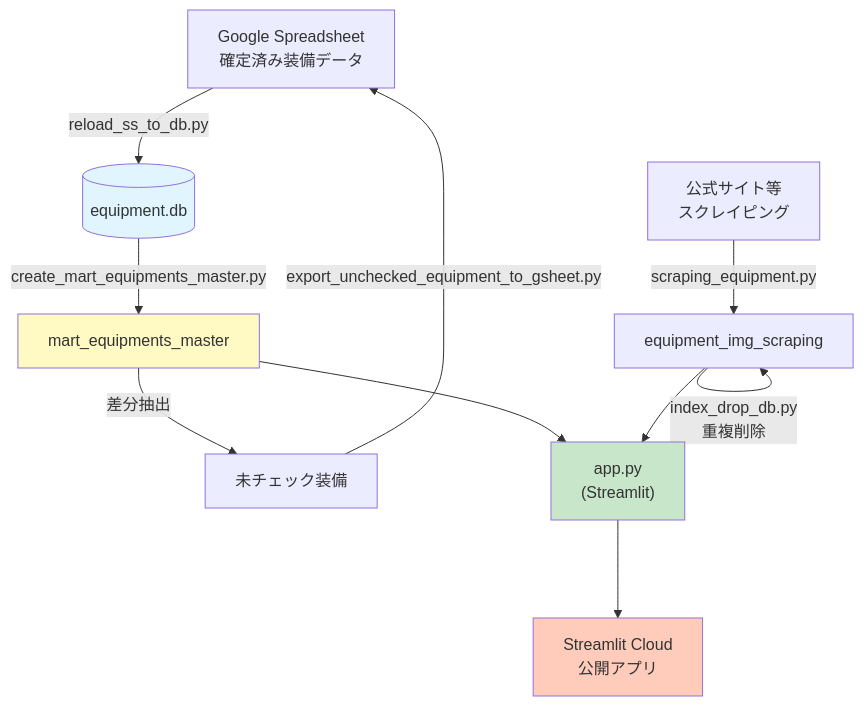
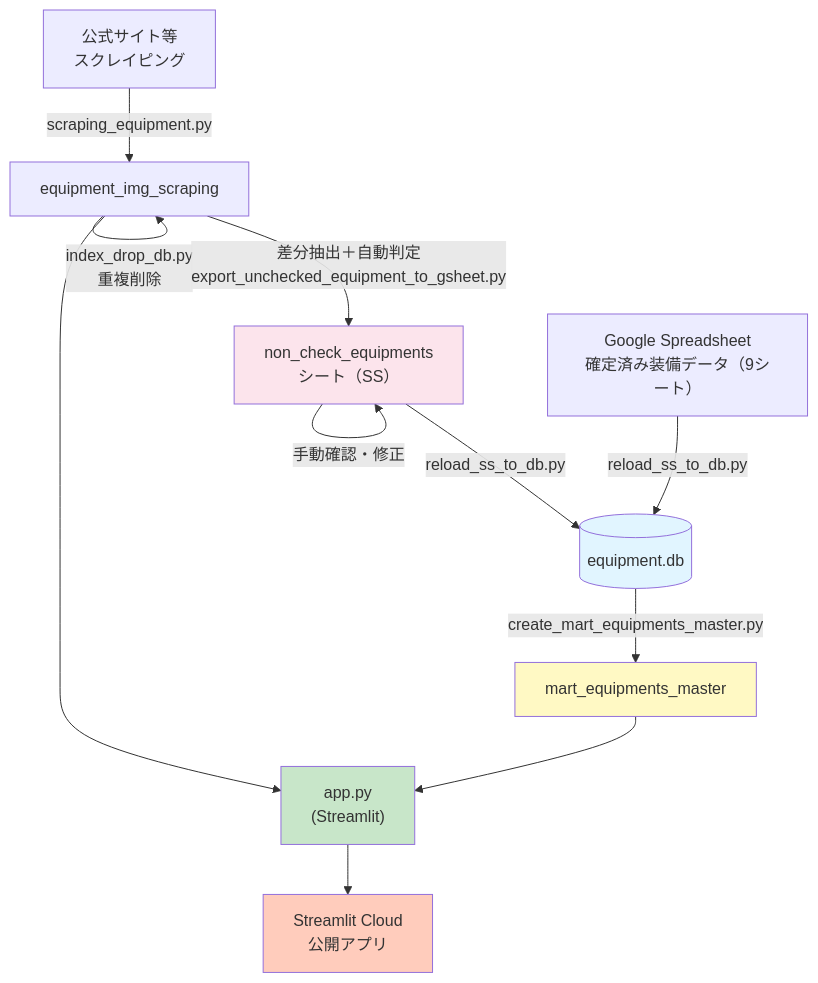
The diagram in README.md (apricot496/ryuon_equipment0825), drawn with Mermaid before and after one commit. The commit also changed other lines of this file, not shown here.

First line of the commit message:
issue_018: READMEのフロー図・説明を新フローに更新

````diff
--- a/README.md
+++ b/README.md
@@ -57,17 +57,19 @@
 ```mermaid
 flowchart TB
-  Sheets[Google Spreadsheet<br/>確定済み装備データ] -->|reload_ss_to_db.py| DB[(equipment.db)]
   Web[公式サイト等<br/>スクレイピング] -->|scraping_equipment.py| ImgScraping[equipment_img_scraping]
   ImgScraping -->|index_drop_db.py<br/>重複削除| ImgScraping
+  ImgScraping -->|差分抽出＋自動判定<br/>export_unchecked_equipment_to_gsheet.py| NonCheckSheet[non_check_equipments<br/>シート（SS）]
+  NonCheckSheet -->|手動確認・修正| NonCheckSheet
+  Sheets9[Google Spreadsheet<br/>確定済み装備データ（9シート）] -->|reload_ss_to_db.py| DB[(equipment.db)]
+  NonCheckSheet -->|reload_ss_to_db.py| DB
   DB -->|create_mart_equipments_master.py| Mart[mart_equipments_master]
-  Mart -->|差分抽出| Unchecked[未チェック装備]
-  Unchecked -->|export_unchecked_equipment_to_gsheet.py| Sheets
   Mart --> App["app.py<br/>(Streamlit)"]
   ImgScraping --> App
   App --> Deploy[Streamlit Cloud<br/>公開アプリ]
-  
+
   style DB fill:#e1f5ff
   style Mart fill:#fff9c4
+  style NonCheckSheet fill:#fce4ec
   style App fill:#c8e6c9
   style Deploy fill:#ffccbc
 ```
````
